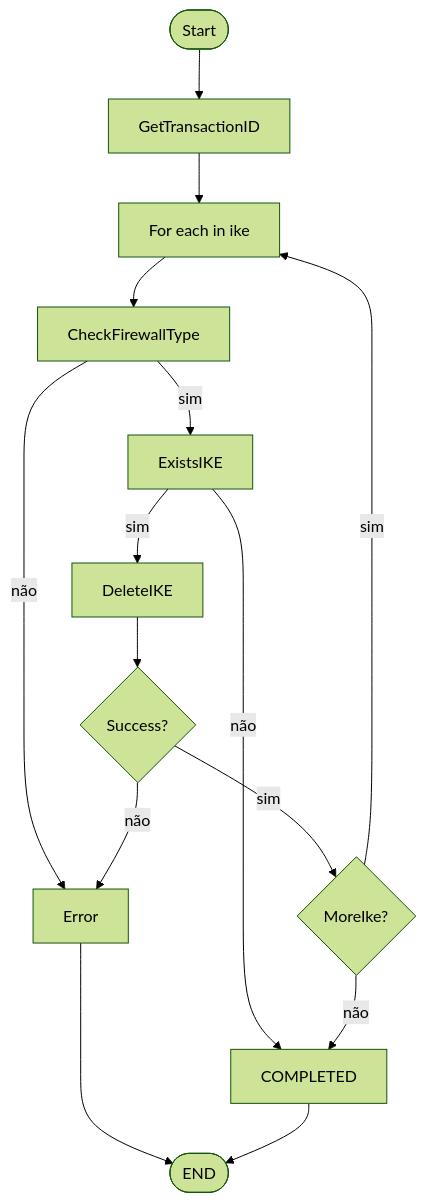
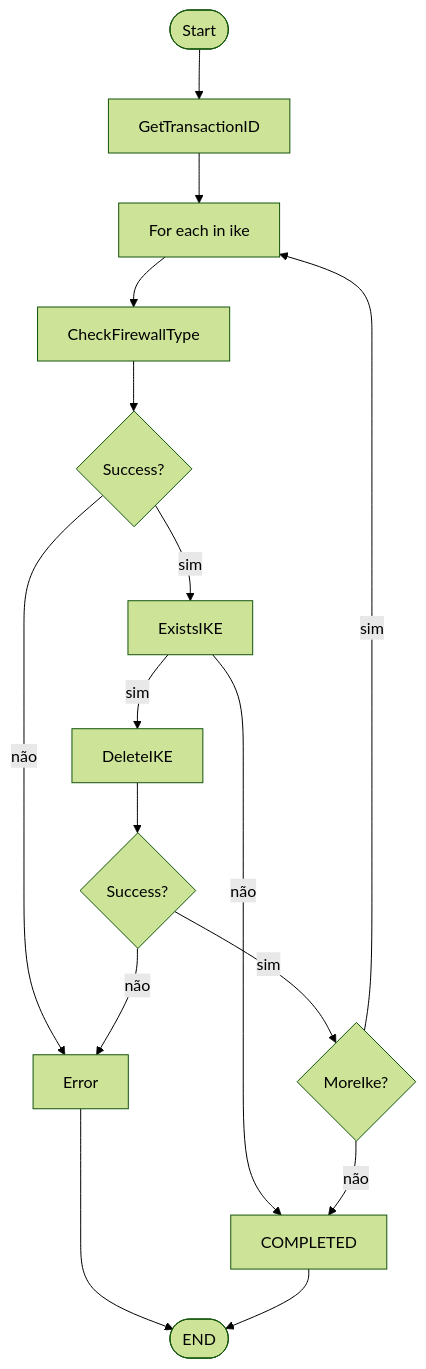
One commit to totvs-cloud/fortigate-fisico changed the second of 2 diagrams in ike-gateway.md. Above: the diagram before and after it, drawn with Mermaid (forest theme). The commit also changed other lines of this file, not shown here.

Commit message:
📝 (ike-gateway.md): Adiciona payload de exemplo para exclusão de IKE

````diff
--- a/ike-gateway.md
+++ b/ike-gateway.md
@@ -109,17 +109,18 @@
 ```mermaid
 flowchart TD
   A([Start]) --> B[GetTransactionID]
   B --> C[For each in ike]
   C --> D[CheckFirewallType]
-  D -- não --> E[Error]
-  D -- sim --> F[ExistsIKE]
+  D --> M{Success?}
+  M -- sim --> F[ExistsIKE]
+  M -- não --> E[Error]
   F -- não --> K
   F -- sim --> G[DeleteIKE]
   G --> I{Success?}
   I -- sim --> J{MoreIke?}
-  I -- não --> E
+  I -- não --> E  
   J -- sim --> C
   J -- não --> K[COMPLETED]
   E --> L([END])
   K --> L
 ```
````
